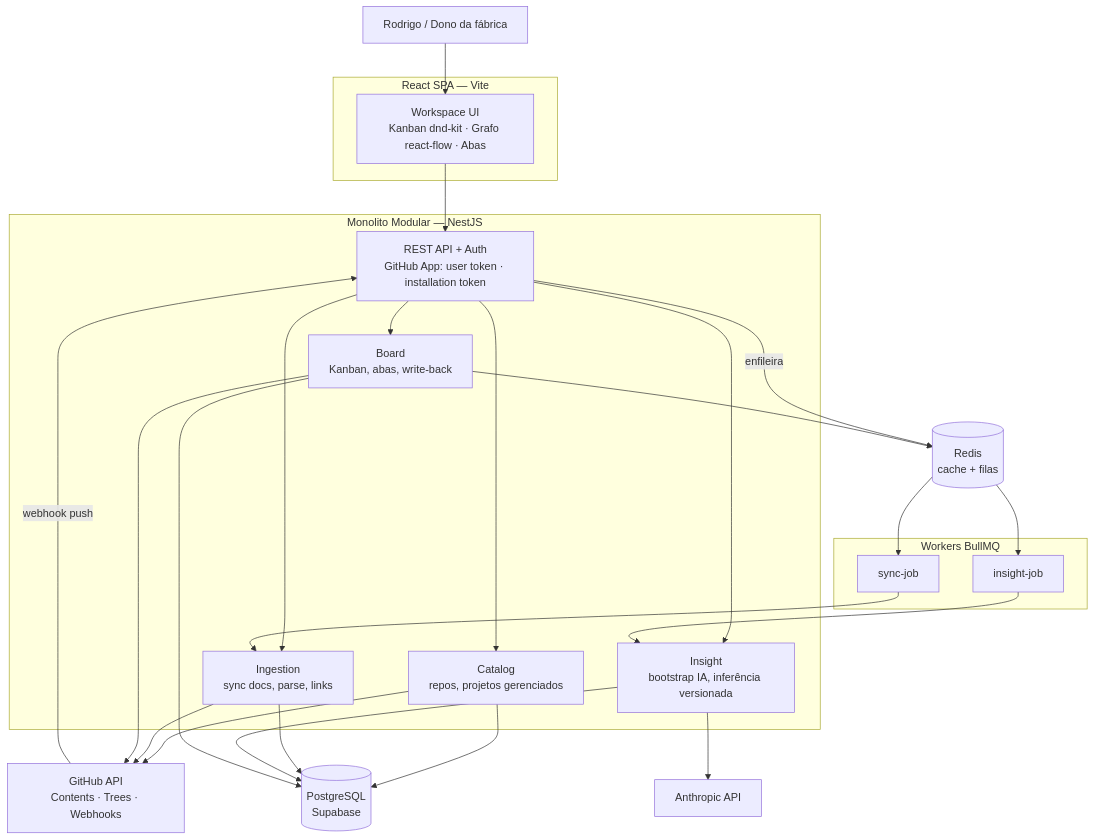
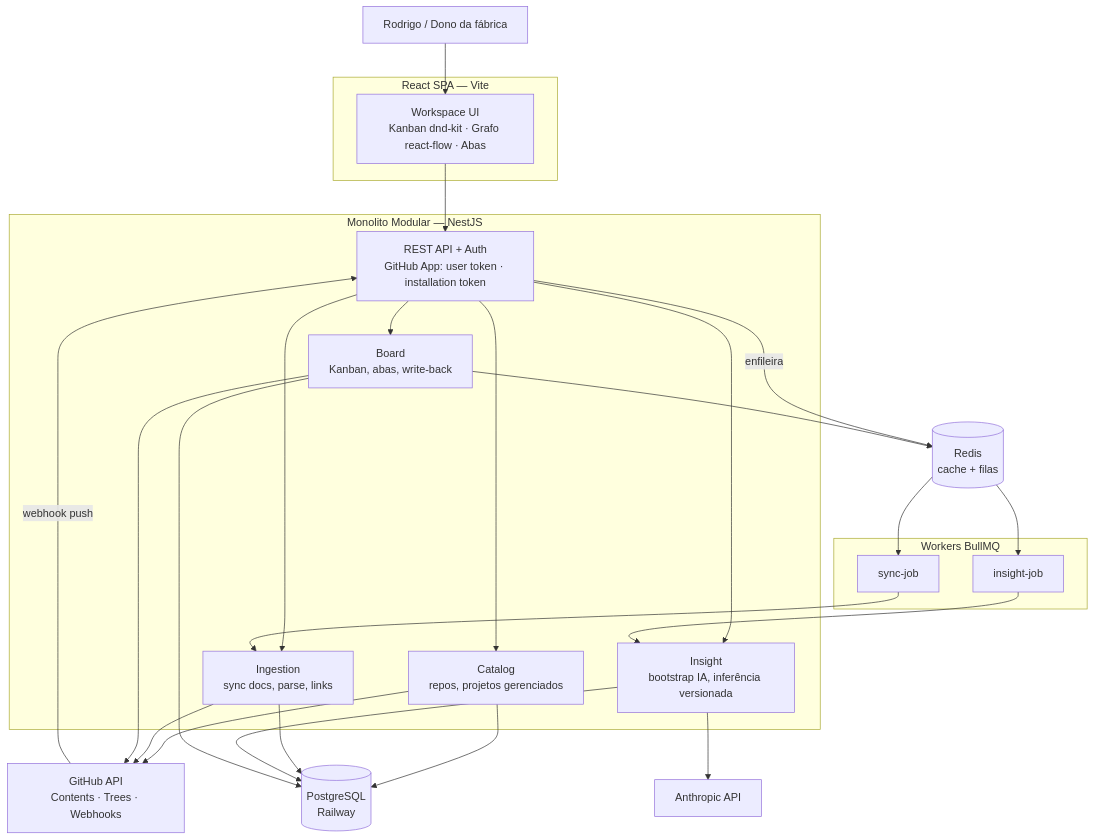
One commit to RodReis/rrb-proplan changed the diagram in docs/ARCHITECTURE.md. Above: the diagram before and after it, drawn with Mermaid. The commit also changed 6 other files, not shown here.

````diff
--- a/docs/ARCHITECTURE.md
+++ b/docs/ARCHITECTURE.md
@@ -7,40 +7,40 @@
 ```mermaid
 flowchart TB
     U[Rodrigo / Dono da fábrica]
 
     subgraph SPA[React SPA — Vite]
         UI[Workspace UI<br/>Kanban dnd-kit · Grafo react-flow · Abas]
     end
 
     subgraph API[Monolito Modular — NestJS]
         REST[REST API + Auth<br/>GitHub App: user token · installation token]
         CAT[Catalog<br/>repos, projetos gerenciados]
         ING[Ingestion<br/>sync docs, parse, links]
         INS[Insight<br/>bootstrap IA, inferência versionada]
         BRD[Board<br/>Kanban, abas, write-back]
     end
 
     subgraph JOBS[Workers BullMQ]
         SYNC[sync-job]
         AIJ[insight-job]
     end
 
-    PG[(PostgreSQL<br/>Supabase)]
+    PG[(PostgreSQL<br/>Railway)]
     RD[(Redis<br/>cache + filas)]
     GH[GitHub API<br/>Contents · Trees · Webhooks]
     AI[Anthropic API]
 
     U --> UI --> REST
     REST --> CAT & ING & INS & BRD
     CAT --> GH
     ING --> GH
     BRD --> GH
     GH -- webhook push --> REST
     REST -- enfileira --> RD
     RD --> SYNC & AIJ
     SYNC --> ING
     AIJ --> INS
     INS --> AI
     CAT & ING & INS & BRD --> PG
     BRD --> RD
 ```
````
